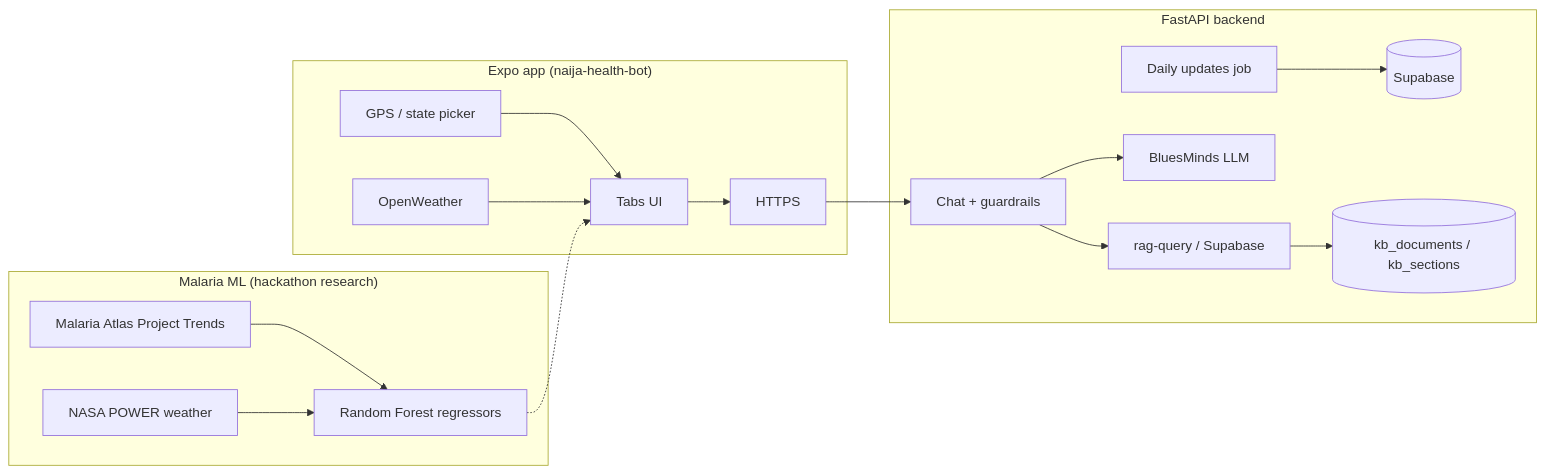
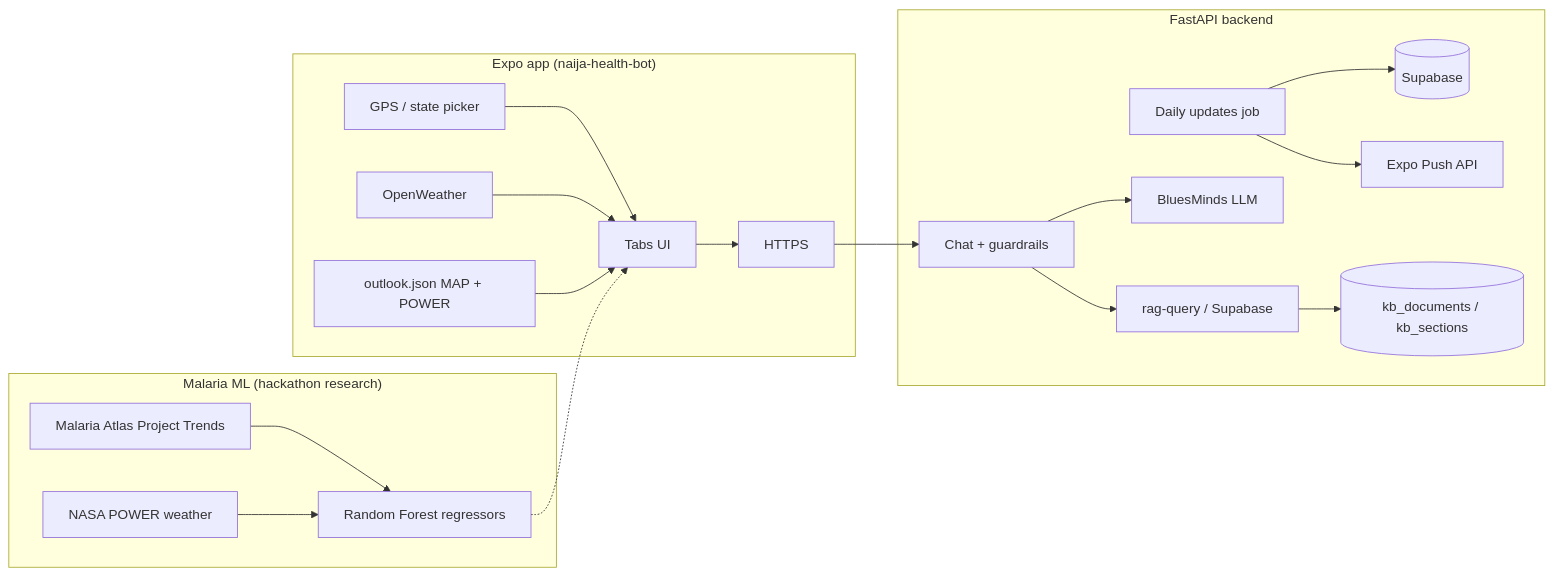
Before and after one commit to CTechDevWorks/Naija-Health-Bot: the diagram in README.md, drawn with Mermaid. The commit also changed other lines of this file, not shown here.

````diff
--- a/README.md
+++ b/README.md
@@ -56,28 +58,31 @@
 ```mermaid
 flowchart LR
   subgraph mobile["Expo app (naija-health-bot)"]
     GPS[GPS / state picker]
     OWM[OpenWeather]
     UI[Tabs UI]
+    Bundled[outlook.json MAP + POWER]
     GPS --> UI
     OWM --> UI
+    Bundled --> UI
     UI --> API[HTTPS]
   end
 
   subgraph backend["FastAPI backend"]
     API --> Chat[Chat + guardrails]
     Chat --> RAG[rag-query / Supabase]
     Chat --> LLM[BluesMinds LLM]
     Jobs[Daily updates job] --> Store[(Supabase)]
+    Jobs --> Push[Expo Push API]
     RAG --> KB[(kb_documents / kb_sections)]
   end
 
   subgraph research["Malaria ML (hackathon research)"]
     MAP[Malaria Atlas Project Trends]
     NASA[NASA POWER weather]
     MAP --> ML[Random Forest regressors]
     NASA --> ML
   end
 
   ML -.-> UI
 ```
````
